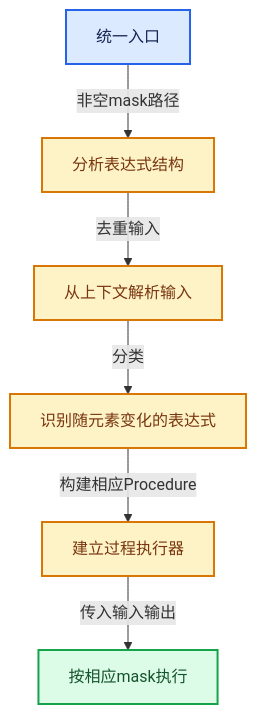
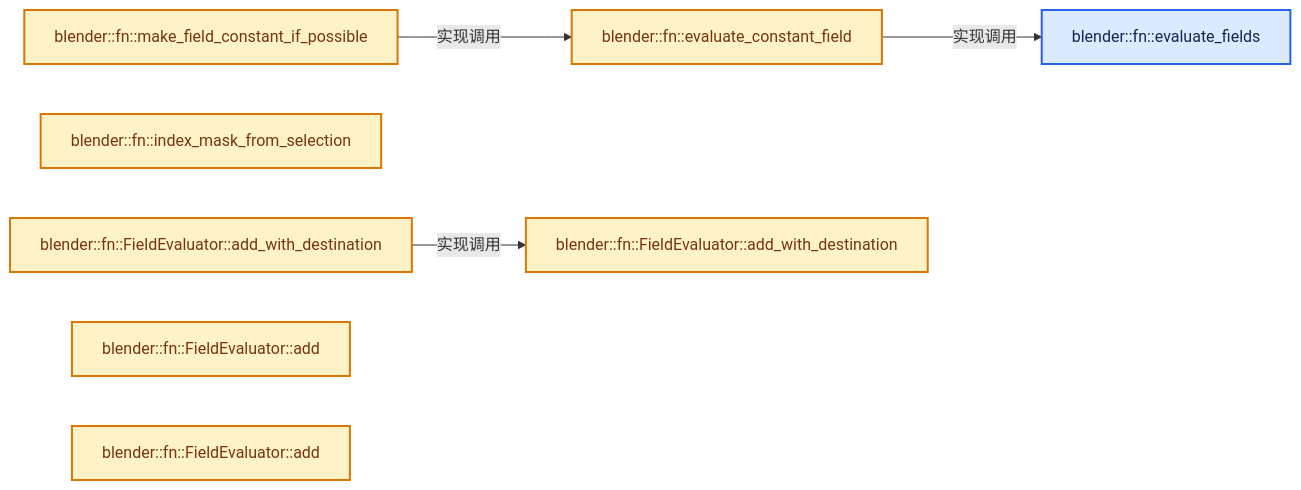
The second of 4 diagrams in 杂/markdown/全面学习-codex/08-Field表达式与求值/09-生成Procedure与执行.md (yunkezengren/blender-.vscode), drawn with Mermaid before and after one commit. The commit also changed other lines of this file and 1930 other files, not shown here.

````diff
--- a/杂/markdown/全面学习-codex/08-Field表达式与求值/09-生成Procedure与执行.md
+++ b/杂/markdown/全面学习-codex/08-Field表达式与求值/09-生成Procedure与执行.md
@@ -858,20 +46,20 @@
 ```mermaid
-flowchart TB
-  V0["统一入口"]:::input
-  V1["分析表达式结构"]:::compute
-  V2["从上下文解析输入"]:::compute
-  V3["识别随元素变化的表达式"]:::compute
-  V4["建立过程执行器"]:::compute
-  V5["按相应mask执行"]:::result
-  V0 -->|"非空mask路径"| V1
-  V1 -->|"去重输入"| V2
-  V2 -->|"分类"| V3
-  V3 -->|"构建相应Procedure"| V4
-  V4 -->|"传入输入输出"| V5
+flowchart LR
+  F0["blender::fn::evaluate_fields"]:::input
+  F1["blender::fn::evaluate_constant_field"]:::compute
+  F2["blender::fn::make_field_constant_if_possible"]:::compute
+  F3["blender::fn::index_mask_from_selection"]:::compute
+  F4["blender::fn::FieldEvaluator::add_with_destination"]:::compute
+  F5["blender::fn::FieldEvaluator::add_with_destination"]:::compute
+  F6["blender::fn::FieldEvaluator::add"]:::compute
+  F7["blender::fn::FieldEvaluator::add"]:::compute
+  F1 -->|"实现调用"| F0
+  F2 -->|"实现调用"| F1
+  F5 -->|"实现调用"| F4
   classDef input fill:#DBEAFE,stroke:#2563EB,color:#172554,stroke-width:2px;
   classDef data fill:#CFFAFE,stroke:#0891B2,color:#164E63,stroke-width:2px;
   classDef abstraction fill:#EDE9FE,stroke:#7C3AED,color:#3B0764,stroke-width:2px;
   classDef compute fill:#FEF3C7,stroke:#D97706,color:#78350F,stroke-width:2px;
   classDef result fill:#DCFCE7,stroke:#16A34A,color:#14532D,stroke-width:2px;
   classDef error fill:#FEE2E2,stroke:#DC2626,color:#7F1D1D,stroke-width:2px;
 ```
````
